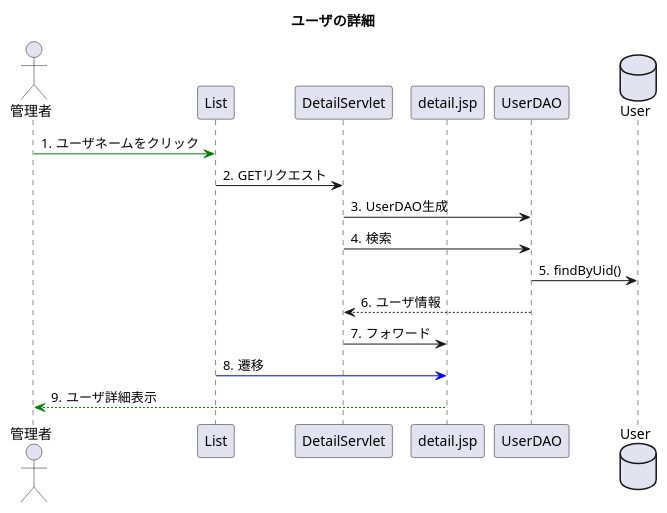
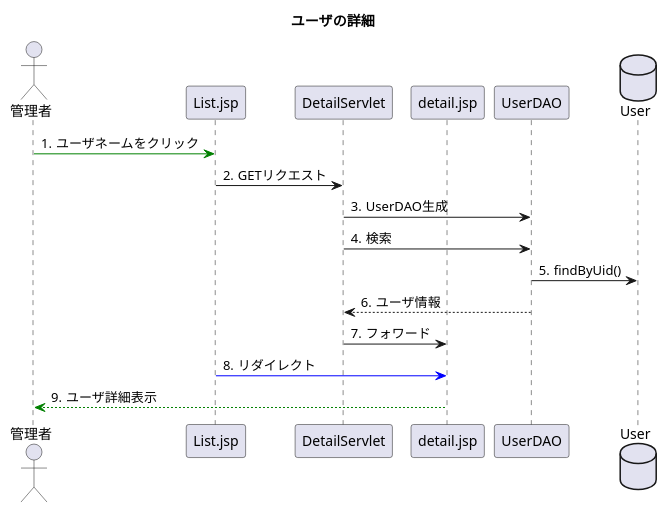
Before and after one commit to toufu66/ProjectC: the diagram in uml_detail/seq_detail.pu, drawn with PlantUML. The commit also changed 1 other file, not shown here.

Commit message:
シーケンス図詳細追記栄

```diff
--- a/uml_detail/seq_detail.pu
+++ b/uml_detail/seq_detail.pu
@@ -1,26 +1,26 @@
 @startuml
 title ユーザの詳細
 
 autonumber "#."
 
 actor 管理者
-participant List
+participant List.jsp
 participant DetailServlet
 participant detail.jsp
 participant UserDAO
 database User
 
-管理者 -[#green]> List:ユーザネームをクリック
-List -> DetailServlet:GETリクエスト
+管理者 -[#green]> List.jsp:ユーザネームをクリック
+List.jsp -> DetailServlet:GETリクエスト
 DetailServlet -> UserDAO :UserDAO生成
 DetailServlet -> UserDAO :検索
 UserDAO -> User:findByUid()
 UserDAO --> DetailServlet:ユーザ情報
 DetailServlet -> detail.jsp:フォワード
-List -[#blue]> detail.jsp:遷移
+List.jsp -[#blue]> detail.jsp:リダイレクト
 
 
 detail.jsp --[#green]> 管理者:ユーザ詳細表示
 
 
 @enduml
```
